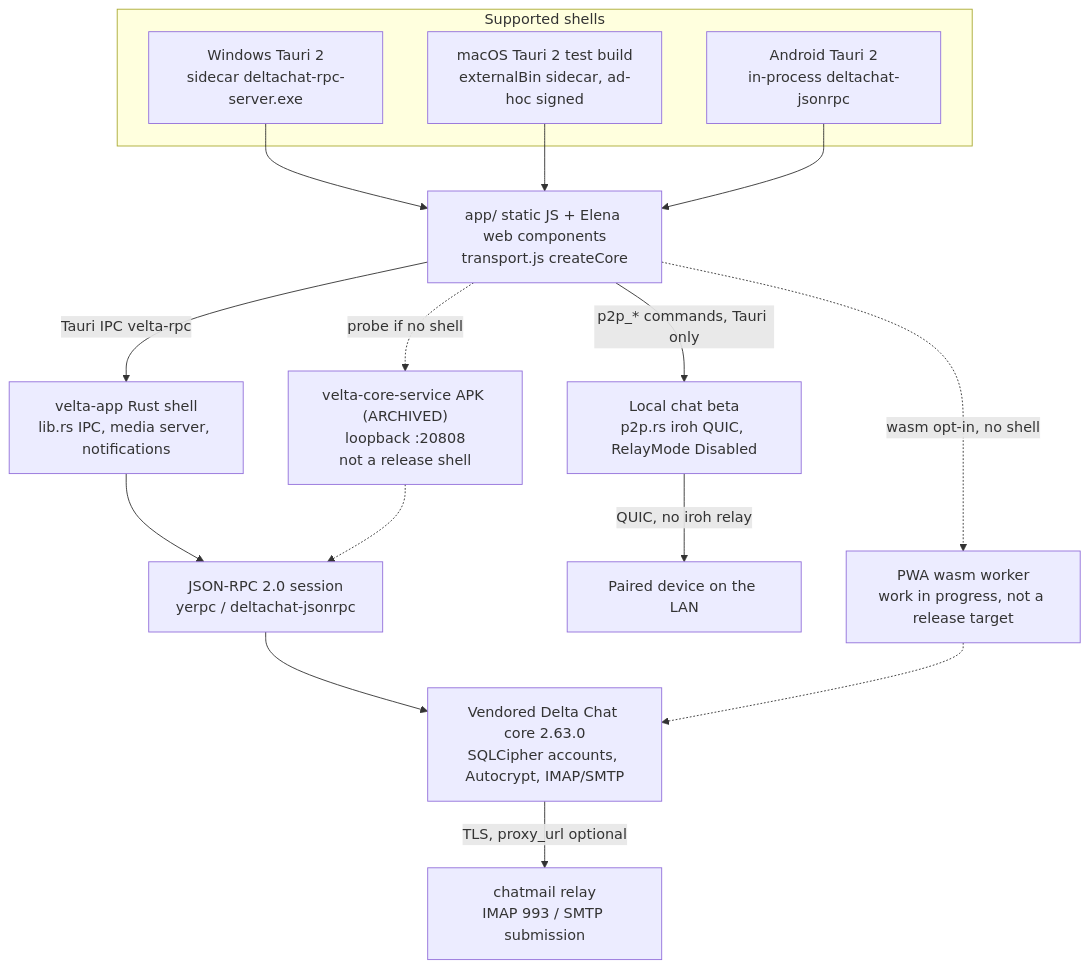
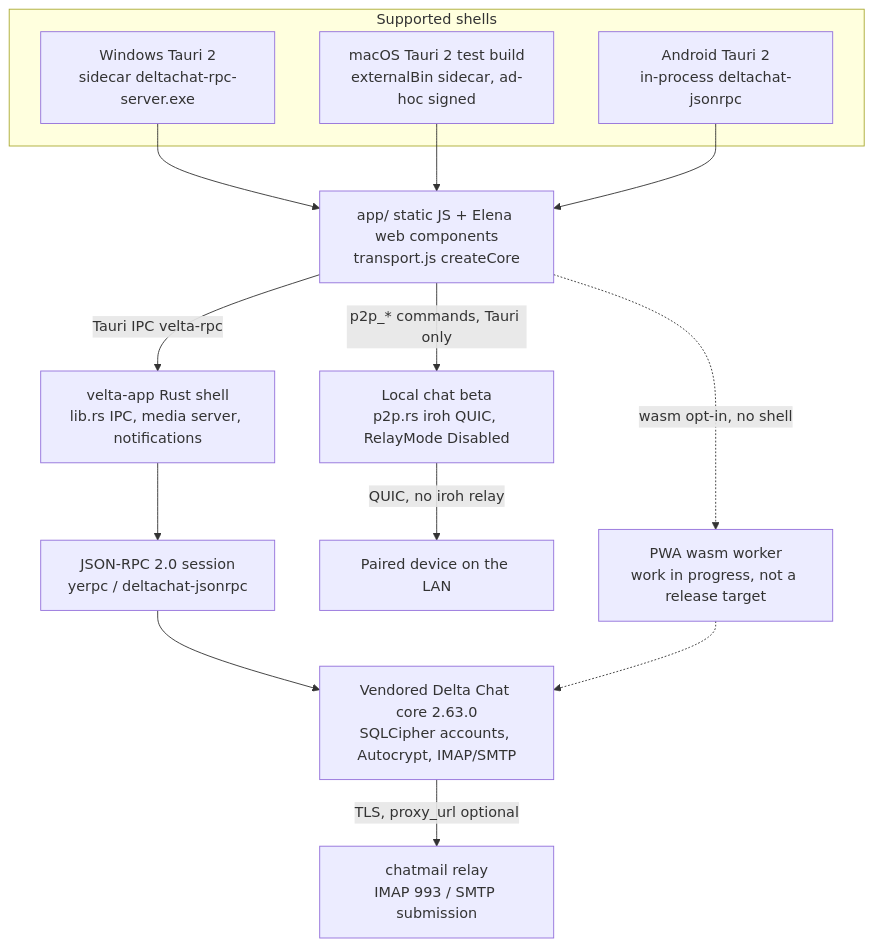
One commit to pbuzdin/velta changed the first of 3 diagrams in docs/as-built-architecture.md. Above: the diagram before and after it, drawn with Mermaid. The commit also changed other lines of this file and 33 other files, not shown here.

First line of the commit message:
chore: remove the archived headless service and scratch notes

````diff
--- a/docs/as-built-architecture.md
+++ b/docs/as-built-architecture.md
@@ -71,33 +71,30 @@
 ```mermaid
 flowchart TB
   subgraph shells [Supported shells]
     Win["Windows Tauri 2<br/>sidecar deltachat-rpc-server.exe"]
     Mac["macOS Tauri 2 test build<br/>externalBin sidecar, ad-hoc signed"]
     And["Android Tauri 2<br/>in-process deltachat-jsonrpc"]
   end
 
   UI["app/ static JS + Elena web components<br/>transport.js createCore"]
   ShellRust["velta-app Rust shell<br/>lib.rs IPC, media server, notifications"]
   Rpc["JSON-RPC 2.0 session<br/>yerpc / deltachat-jsonrpc"]
   DC["Vendored Delta Chat core 2.63.0<br/>SQLCipher accounts, Autocrypt, IMAP/SMTP"]
   Relay["chatmail relay<br/>IMAP 993 / SMTP submission"]
   Local["Local chat beta<br/>p2p.rs iroh QUIC, RelayMode Disabled"]
   Peer["Paired device on the LAN"]
 
   Win --> UI
   Mac --> UI
   And --> UI
   UI -->|"Tauri IPC velta-rpc"| ShellRust
   ShellRust --> Rpc
   Rpc --> DC
   DC -->|"TLS, proxy_url optional"| Relay
   UI -->|"p2p_* commands, Tauri only"| Local
   Local -->|"QUIC, no iroh relay"| Peer
 
-  Svc["velta-core-service APK (ARCHIVED)<br/>loopback :20808<br/>not a release shell"]
   Wasm["PWA wasm worker<br/>work in progress, not a release target"]
-  UI -.->|"probe if no shell"| Svc
   UI -.->|"wasm opt-in, no shell"| Wasm
-  Svc -.-> Rpc
   Wasm -.-> DC
 ```
````
